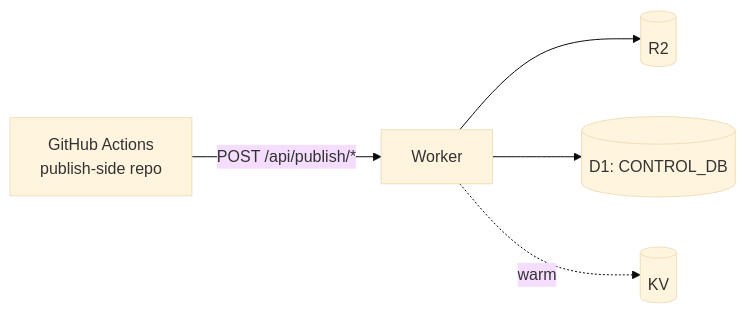
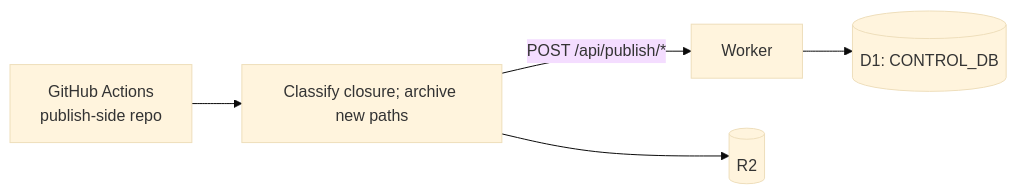
One commit to T4ko0522/cf-edgeNix changed the third of 4 diagrams in README.en.md. Above: the diagram before and after it, drawn with Mermaid (base theme). The commit also changed other lines of this file and 27 other files, not shown here.

````diff
--- a/README.en.md
+++ b/README.en.md
@@ -49,7 +48,7 @@
 ```mermaid
 flowchart LR
-    GHA[GitHub Actions<br/>publish-side repo] -->|POST /api/publish/*| W[Worker]
-    W --> R2[(R2)]
+    GHA[GitHub Actions<br/>publish-side repo] --> P[Classify closure; archive new paths]
+    P -->|POST /api/publish/*| W[Worker]
+    P --> R2[(R2)]
     W --> D1[(D1: CONTROL_DB)]
-    W -. warm .-> KV[(KV)]
 ```
````
